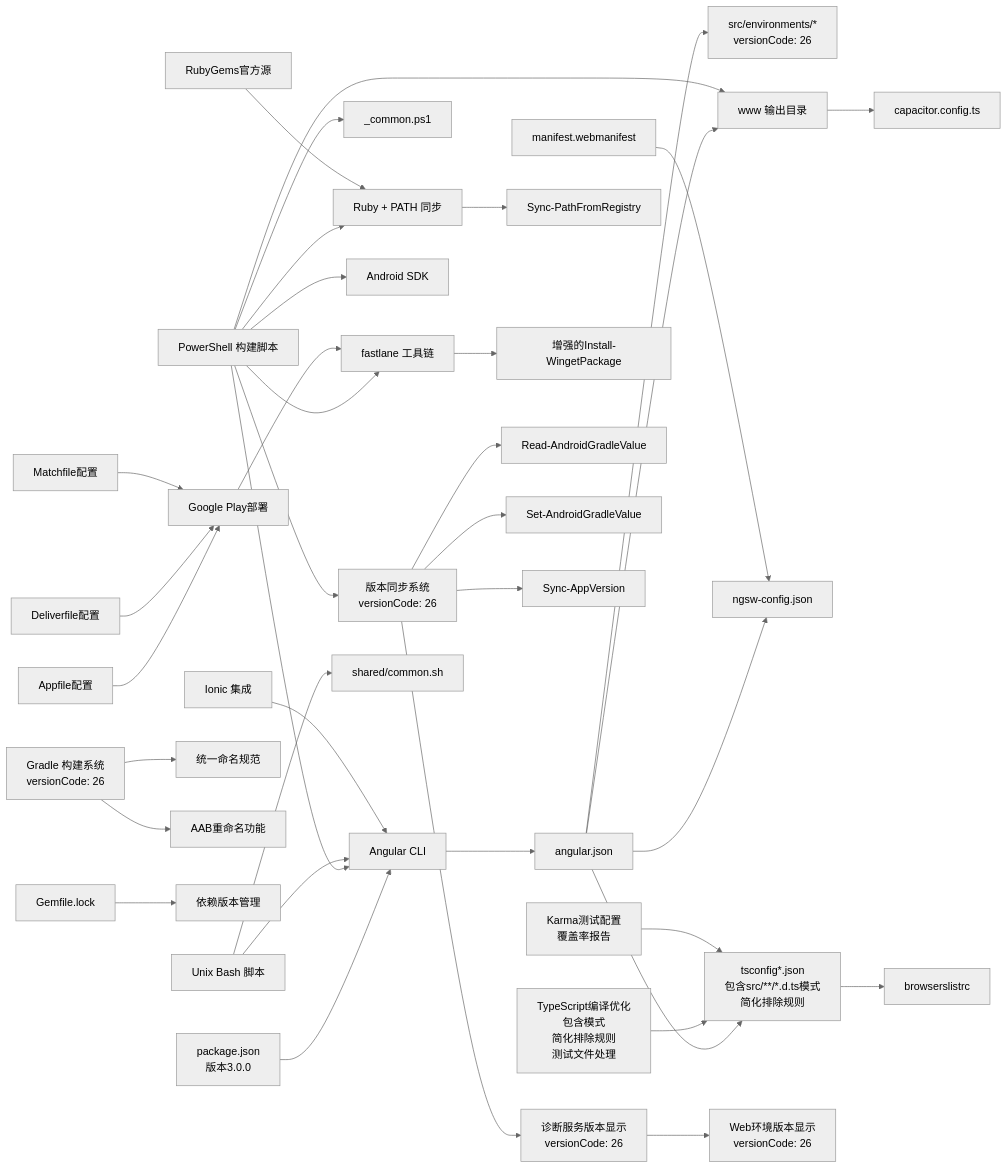
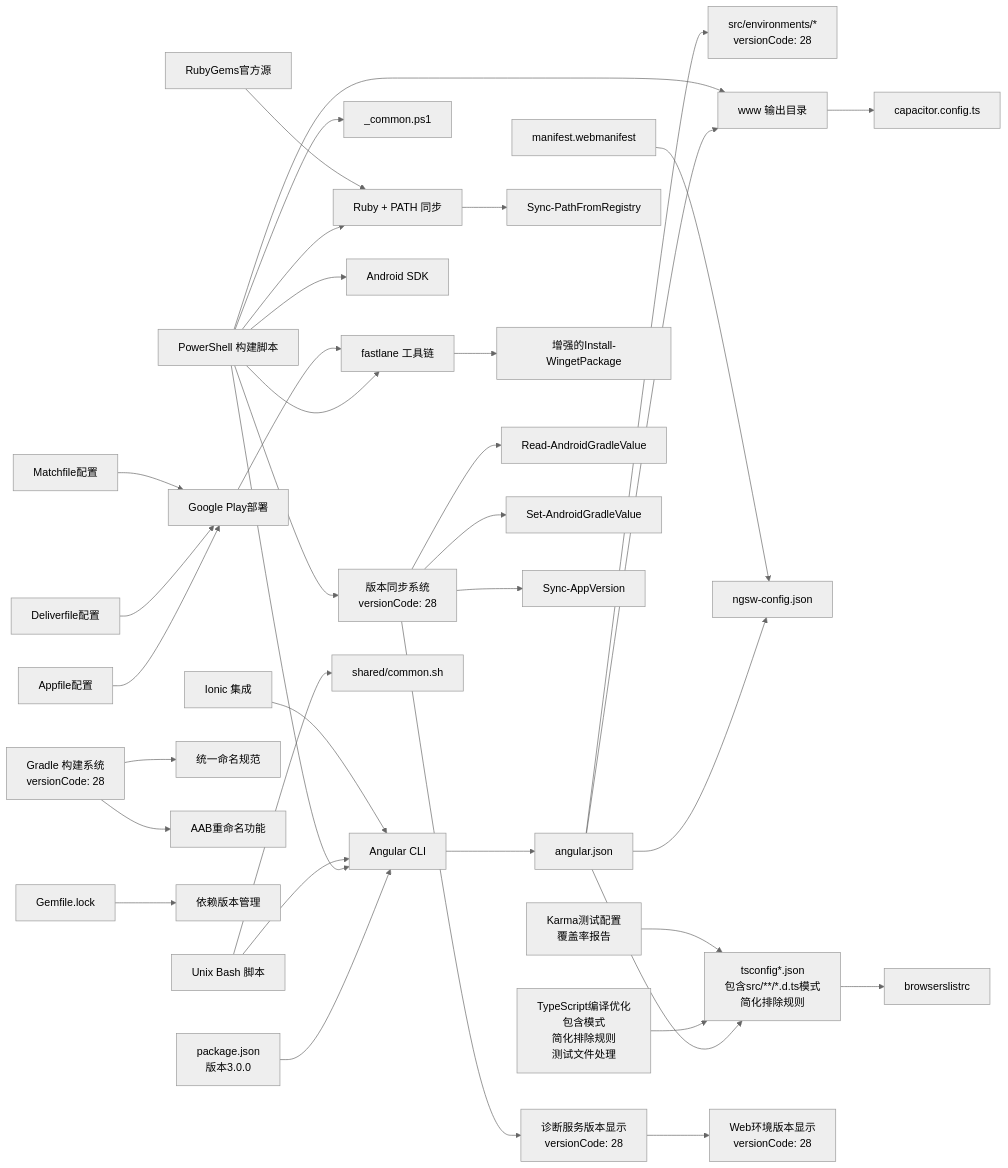
One commit to tea4go/Macro-Deck-Client-App changed the sixth of 6 diagrams in .qoder/repowiki/zh/content/构建与部署/构建配置.md. Above: the diagram before and after it, drawn with Mermaid (neutral theme). The commit also changed other lines of this file and 42 other files, not shown here.

````diff
--- a/.qoder/repowiki/zh/content/构建与部署/构建配置.md
+++ b/.qoder/repowiki/zh/content/构建与部署/构建配置.md
@@ -1092,39 +1092,39 @@
 ```mermaid
 graph LR
 P["package.json<br/>版本3.0.0"] --> CLI["Angular CLI"]
 CLI --> CFG["angular.json"]
-CFG --> ENV["src/environments/*<br/>versionCode: 26"]
+CFG --> ENV["src/environments/*<br/>versionCode: 28"]
 CFG --> TS["tsconfig*.json<br/>包含src/**/*.d.ts模式<br/>简化排除规则"]
 TS --> BROWS["browserslistrc"]
 CFG --> SW["ngsw-config.json"]
 CFG --> WWW["www 输出目录"]
 WWW --> CAP["capacitor.config.ts"]
 PS["PowerShell 构建脚本"] --> CLI
 PS --> COMMON["_common.ps1"]
 PS --> WWW
 PS --> FASTLANE["fastlane 工具链"]
 PS --> ANDROID["Android SDK"]
 PS --> RUBY["Ruby + PATH 同步"]
-PS --> VERSIONSYNC["版本同步系统<br/>versionCode: 26"]
+PS --> VERSIONSYNC["版本同步系统<br/>versionCode: 28"]
 UNIX["Unix Bash 脚本"] --> COMMON2["shared/common.sh"]
 UNIX --> CLI
 MAN["manifest.webmanifest"] --> SW
 IONIC["Ionic 集成"] --> CLI
 RUBY --> SYNC["Sync-PathFromRegistry"]
 FASTLANE --> WINGET["增强的Install-WingetPackage"]
-GRADLE["Gradle 构建系统<br/>versionCode: 26"] --> NAMING["统一命名规范"]
+GRADLE["Gradle 构建系统<br/>versionCode: 28"] --> NAMING["统一命名规范"]
 GRADLE --> AABRENAME["AAB重命名功能"]
 GEMLOCK["Gemfile.lock"] --> DEPS["依赖版本管理"]
 PLAYSTORE["Google Play部署"] --> FASTLANE
 APPFILE["Appfile配置"] --> PLAYSTORE
 DELIVER["Deliverfile配置"] --> PLAYSTORE
 MATCH["Matchfile配置"] --> PLAYSTORE
 RUBYGEMS["RubyGems官方源"] --> RUBY
 VERSIONSYNC --> READGRADLE["Read-AndroidGradleValue"]
 VERSIONSYNC --> SETGRADLE["Set-AndroidGradleValue"]
 VERSIONSYNC --> SYNCAPP["Sync-AppVersion"]
-VERSIONSYNC --> DIAGNOSTIC["诊断服务版本显示<br/>versionCode: 26"]
-DIAGNOSTIC --> WEBENV["Web环境版本显示<br/>versionCode: 26"]
+VERSIONSYNC --> DIAGNOSTIC["诊断服务版本显示<br/>versionCode: 28"]
+DIAGNOSTIC --> WEBENV["Web环境版本显示<br/>versionCode: 28"]
 TSOPTIMIZATION["TypeScript编译优化<br/>包含模式<br/>简化排除规则<br/>测试文件处理"] --> TS
 KARMA["Karma测试配置<br/>覆盖率报告"] --> TS
 ```
````
